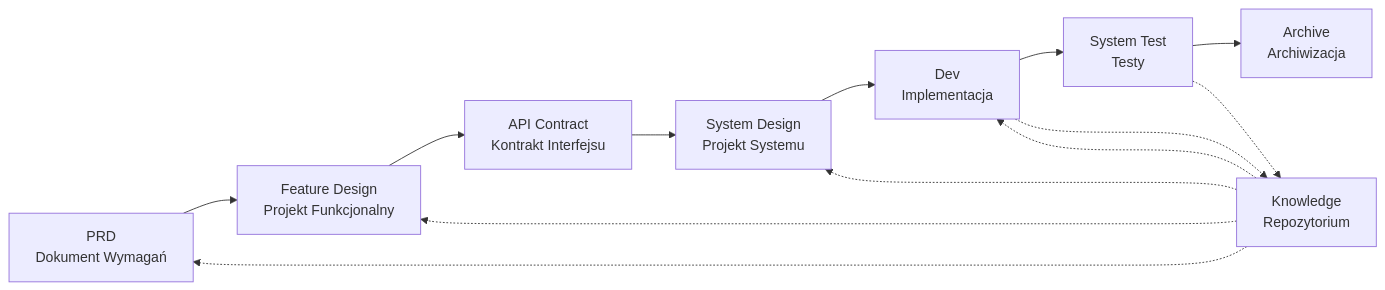
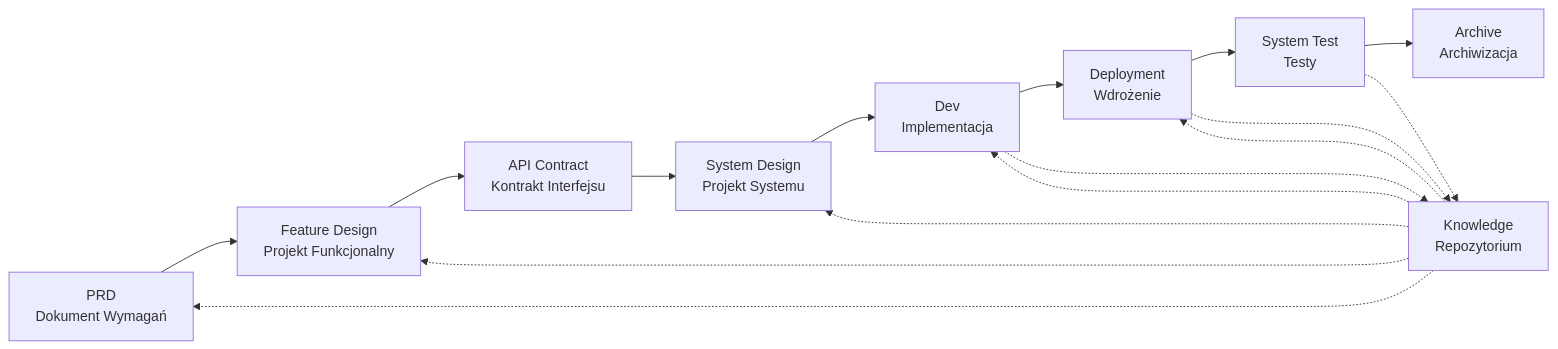
Before and after one commit to charlesmu99/speccrew: the diagram in README.pl.md, drawn with Mermaid. The commit also changed other lines of this file and 35 other files, not shown here.

````diff
--- a/README.pl.md
+++ b/README.pl.md
@@ -166,17 +166,20 @@
 ```mermaid
 graph LR
     A[PRD<br/>Dokument Wymagań] --> B[Feature Design<br/>Projekt Funkcjonalny]
     B --> C[API Contract<br/>Kontrakt Interfejsu]
     C --> D[System Design<br/>Projekt Systemu]
     D --> E[Dev<br/>Implementacja]
-    E --> F[System Test<br/>Testy]
-    F --> G[Archive<br/>Archiwizacja]
+    E --> F[Deployment<br/>Wdrożenie]
+    F --> G[System Test<br/>Testy]
+    G --> H[Archive<br/>Archiwizacja]
     
-    H[Knowledge<br/>Repozytorium] -.-> A
-    H -.-> B
-    H -.-> D
-    H -.-> E
+    I[Knowledge<br/>Repozytorium] -.-> A
+    I -.-> B
+    I -.-> D
+    I -.-> E
+    I -.-> F
     
-    E -.-> H
-    F -.-> H
+    E -.-> I
+    F -.-> I
+    G -.-> I
 ```
````
